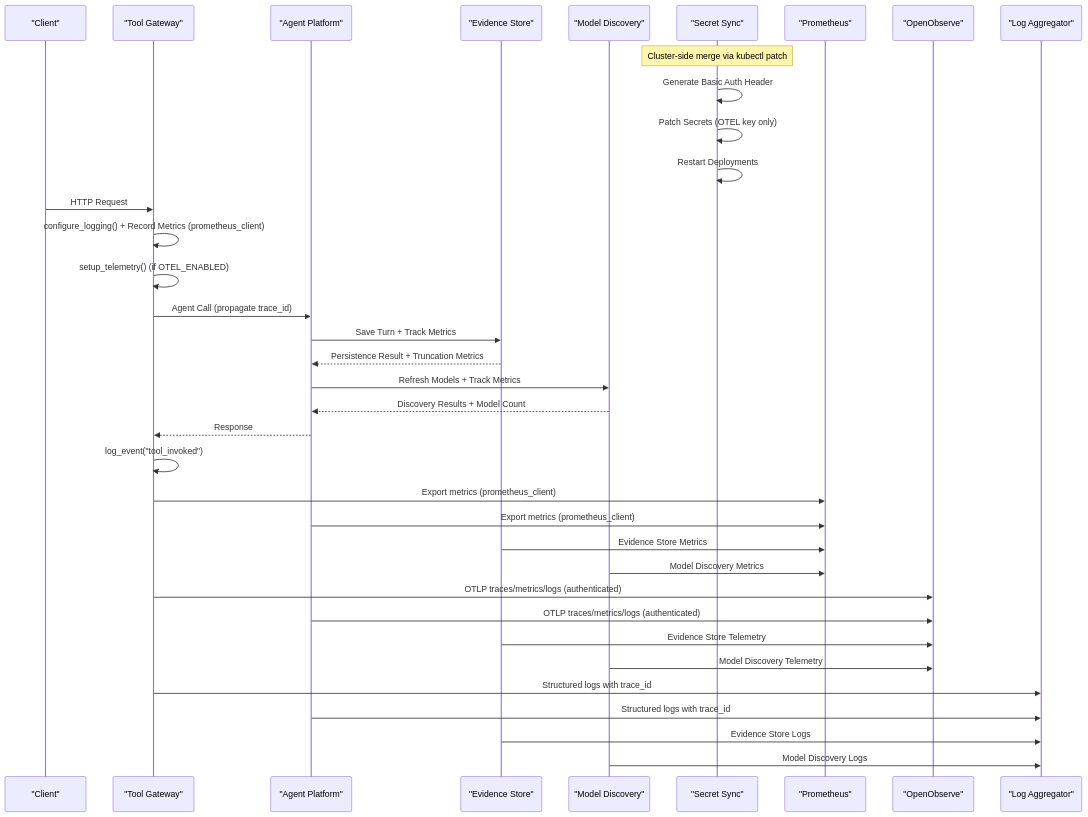
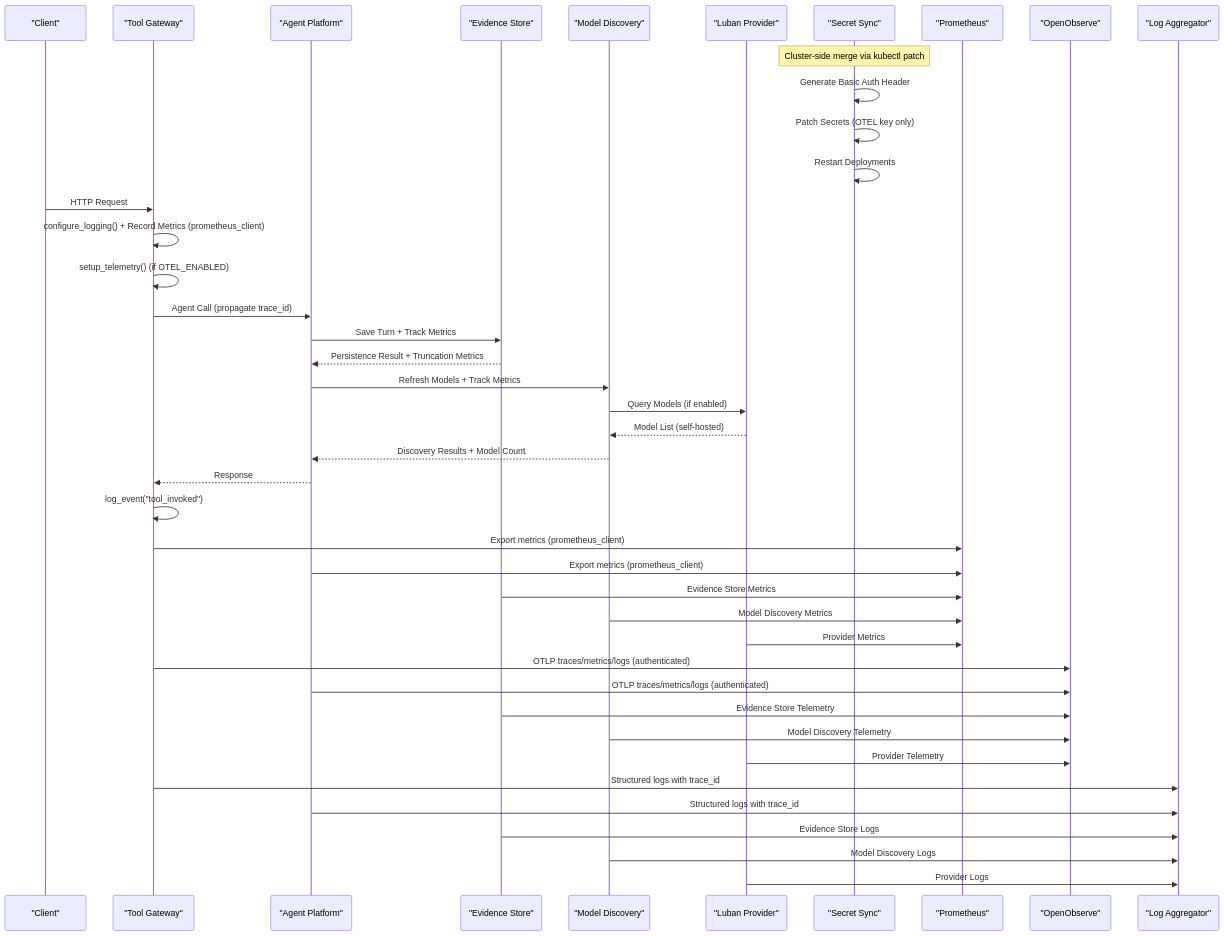
One commit to metasync/luban-aiops changed the second of 12 diagrams in .qoder/repowiki/en/content/Monitoring and Observability/Monitoring and Observability.md. Above: the diagram before and after it, drawn with Mermaid. The commit also changed other lines of this file and 7 other files, not shown here.

````diff
--- a/.qoder/repowiki/en/content/Monitoring and Observability/Monitoring and Observability.md
+++ b/.qoder/repowiki/en/content/Monitoring and Observability/Monitoring and Observability.md
@@ -184,38 +197,44 @@
 ```mermaid
 sequenceDiagram
 participant Client as "Client"
 participant Gateway as "Tool Gateway"
 participant Agent as "Agent Platform"
 participant EvidenceStore as "Evidence Store"
 participant ModelDiscovery as "Model Discovery"
+participant LubanProvider as "Luban Provider"
 participant SecretSync as "Secret Sync"
 participant Prometheus as "Prometheus"
 participant OpenObserve as "OpenObserve"
 participant Logger as "Log Aggregator"
 Note over SecretSync : Cluster-side merge via kubectl patch
 SecretSync->>SecretSync : Generate Basic Auth Header
 SecretSync->>SecretSync : Patch Secrets (OTEL key only)
 SecretSync->>SecretSync : Restart Deployments
 Client->>Gateway : HTTP Request
 Gateway->>Gateway : configure_logging() + Record Metrics (prometheus_client)
 Gateway->>Gateway : setup_telemetry() (if OTEL_ENABLED)
 Gateway->>Agent : Agent Call (propagate trace_id)
 Agent->>EvidenceStore : Save Turn + Track Metrics
 EvidenceStore-->>Agent : Persistence Result + Truncation Metrics
 Agent->>ModelDiscovery : Refresh Models + Track Metrics
+ModelDiscovery->>LubanProvider : Query Models (if enabled)
+LubanProvider-->>ModelDiscovery : Model List (self-hosted)
 ModelDiscovery-->>Agent : Discovery Results + Model Count
 Agent-->>Gateway : Response
 Gateway->>Gateway : log_event("tool_invoked")
 Gateway->>Prometheus : Export metrics (prometheus_client)
 Agent->>Prometheus : Export metrics (prometheus_client)
 EvidenceStore->>Prometheus : Evidence Store Metrics
 ModelDiscovery->>Prometheus : Model Discovery Metrics
+LubanProvider->>Prometheus : Provider Metrics
 Gateway->>OpenObserve : OTLP traces/metrics/logs (authenticated)
 Agent->>OpenObserve : OTLP traces/metrics/logs (authenticated)
 EvidenceStore->>OpenObserve : Evidence Store Telemetry
 ModelDiscovery->>OpenObserve : Model Discovery Telemetry
+LubanProvider->>OpenObserve : Provider Telemetry
 Gateway->>Logger : Structured logs with trace_id
 Agent->>Logger : Structured logs with trace_id
 EvidenceStore->>Logger : Evidence Store Logs
 ModelDiscovery->>Logger : Model Discovery Logs
+LubanProvider->>Logger : Provider Logs
 ```
````
